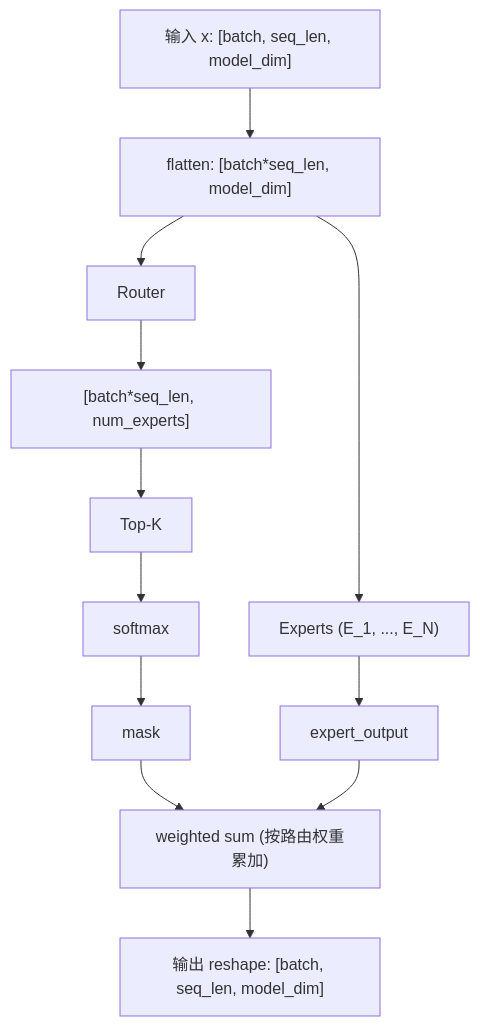
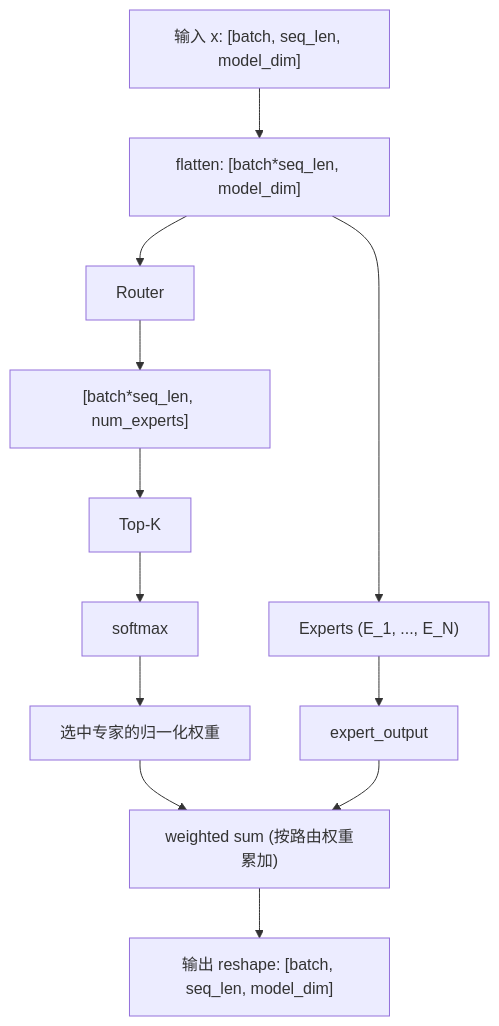
The tenth of 14 diagrams in README.md (lyc61c/LLM-Interview-Code), drawn with Mermaid before and after one commit. The commit also changed other lines of this file and 1 other file, not shown here.

````diff
--- a/README.md
+++ b/README.md
@@ -558,15 +498,15 @@
 ```mermaid
 flowchart TD
     X["输入 x: [batch, seq_len, model_dim]"]
     X --> Flatten["flatten: [batch*seq_len, model_dim]"]
     Flatten --> Router["Router"]
     Flatten --> Experts["Experts (E_1, ..., E_N)"]
     Router --> Logits["[batch*seq_len, num_experts]"]
     Logits --> TopK["Top-K"]
     TopK --> Softmax["softmax"]
-    Softmax --> Mask["mask"]
+    Softmax --> Mask["选中专家的归一化权重"]
     Experts --> ExpertOutput["expert_output"]
     Mask --> WeightedSum["weighted sum (按路由权重累加)"]
     ExpertOutput --> WeightedSum
     WeightedSum --> Output["输出 reshape: [batch, seq_len, model_dim]"]
 ```
````
